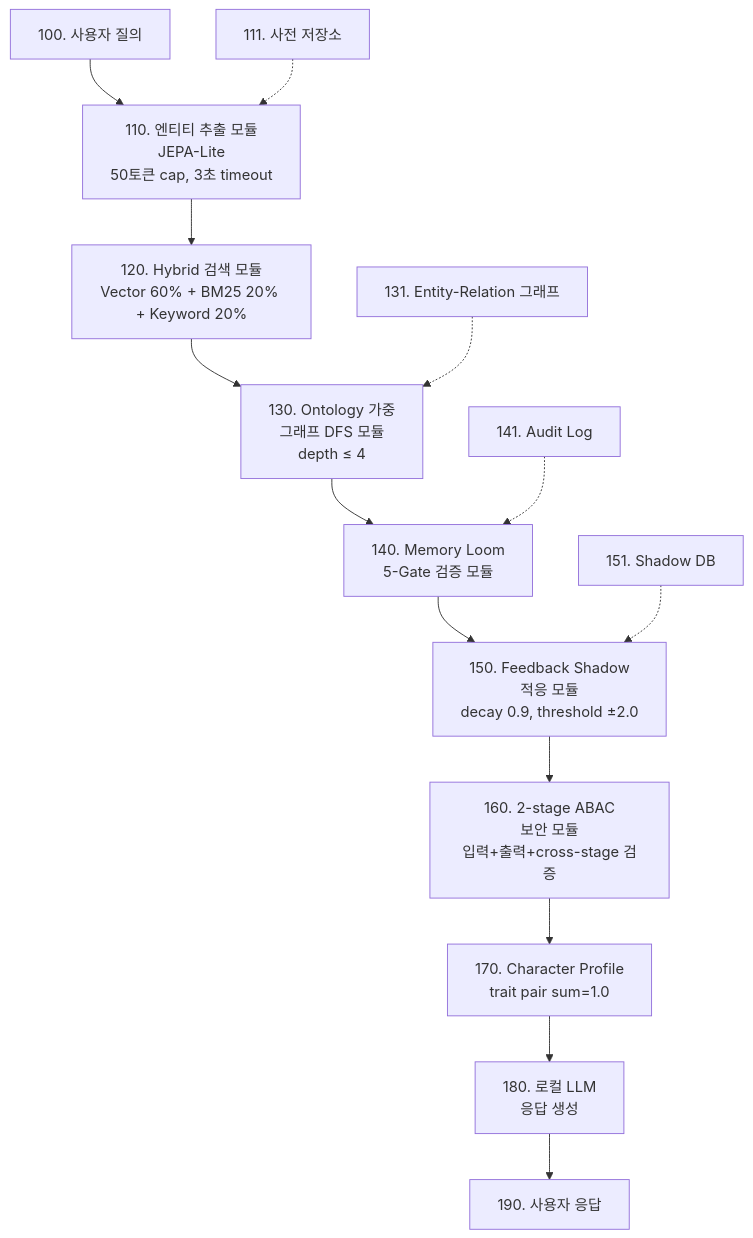
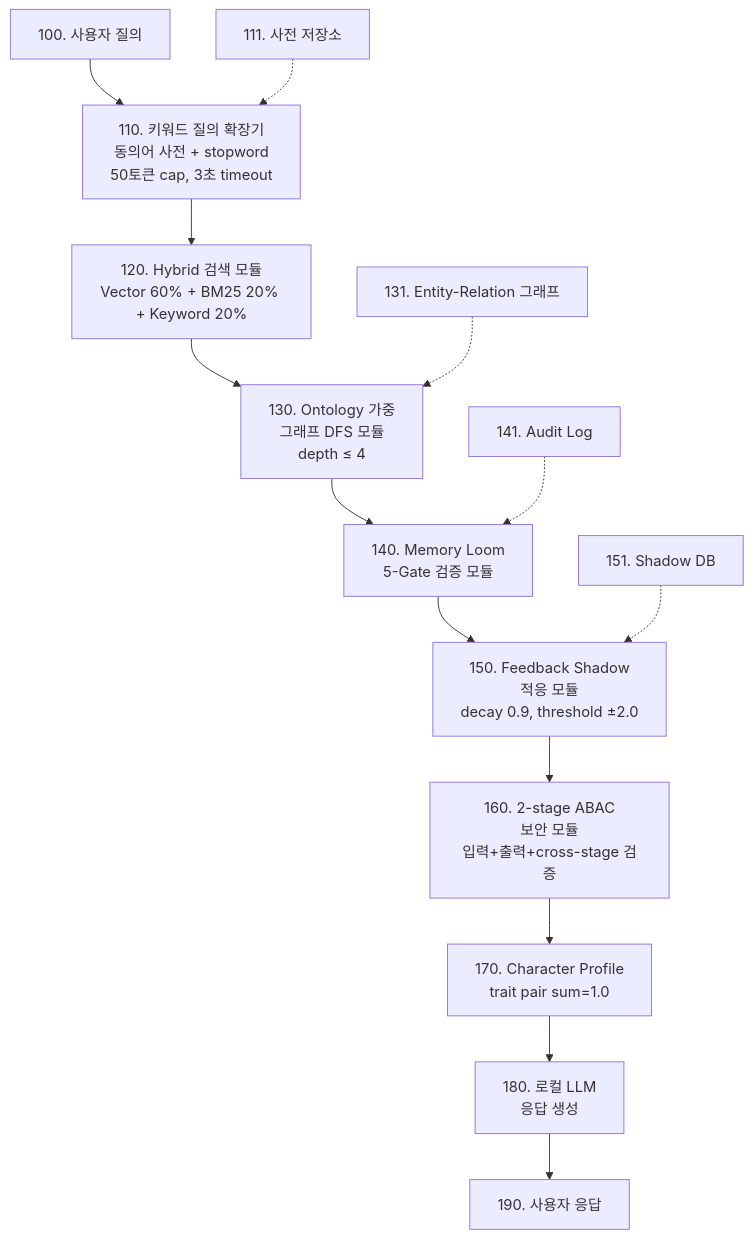
Before and after one commit to Hashevolution/James-RAG-Evol: the first of 2 diagrams in docs/patent/stage1-spec-skeleton.md, drawn with Mermaid. The commit also changed other lines of this file and 4 other files, not shown here.

````diff
--- a/docs/patent/stage1-spec-skeleton.md
+++ b/docs/patent/stage1-spec-skeleton.md
@@ -210,17 +210,17 @@
 ```mermaid
 flowchart TD
-    Q[100. 사용자 질의] --> E[110. 엔티티 추출 모듈<br/>JEPA-Lite<br/>50토큰 cap, 3초 timeout]
+    Q[100. 사용자 질의] --> E[110. 키워드 질의 확장기<br/>동의어 사전 + stopword<br/>50토큰 cap, 3초 timeout]
     E --> H[120. Hybrid 검색 모듈<br/>Vector 60% + BM25 20% + Keyword 20%]
     H --> G[130. Ontology 가중<br/>그래프 DFS 모듈<br/>depth ≤ 4]
     G --> M[140. Memory Loom<br/>5-Gate 검증 모듈]
     M --> F[150. Feedback Shadow<br/>적응 모듈<br/>decay 0.9, threshold ±2.0]
     F --> S[160. 2-stage ABAC<br/>보안 모듈<br/>입력+출력+cross-stage 검증]
     S --> C[170. Character Profile<br/>trait pair sum=1.0]
     C --> L[180. 로컬 LLM<br/>응답 생성]
     L --> R[190. 사용자 응답]
 
     DICT[111. 사전 저장소] -.-> E
     KG[131. Entity-Relation 그래프] -.-> G
     AUDIT[141. Audit Log] -.-> M
     SHADOW[151. Shadow DB] -.-> F
 ```
````
